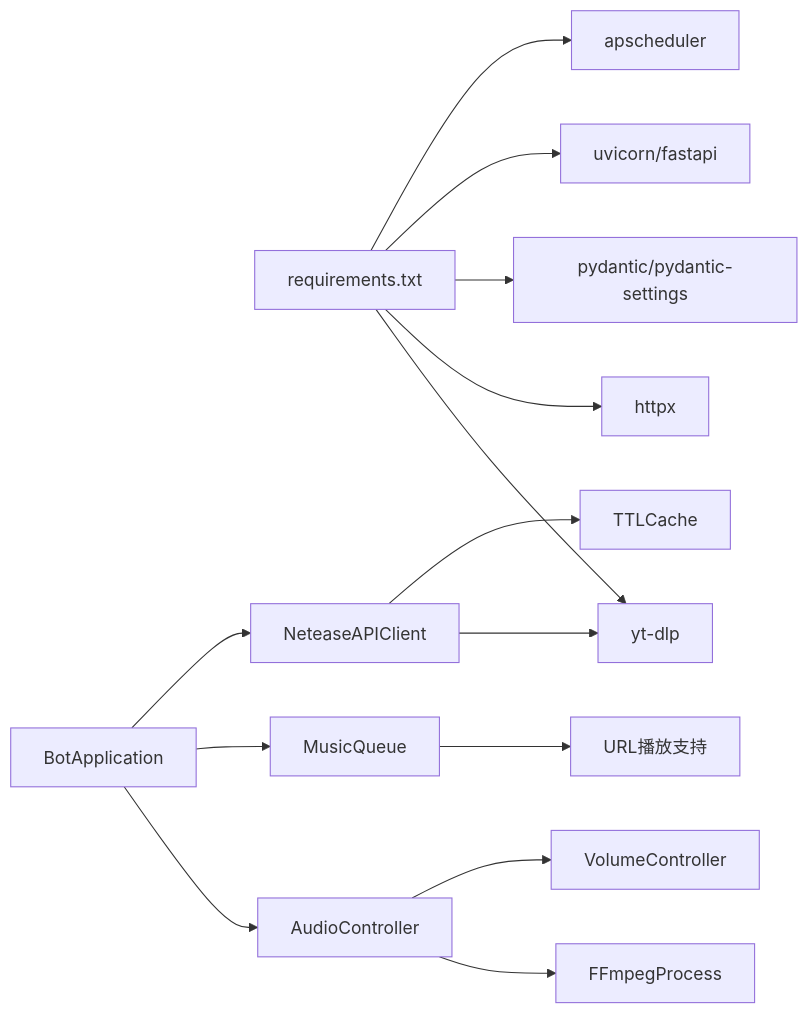
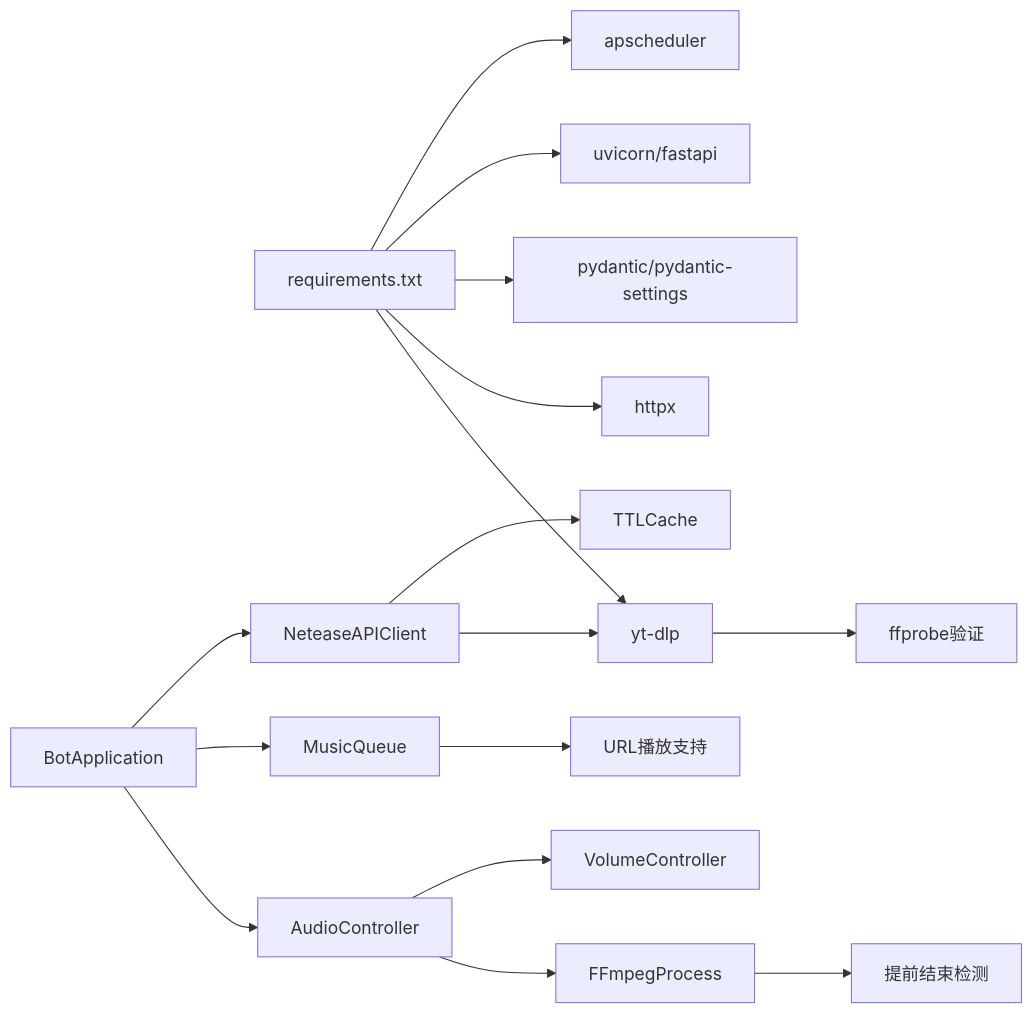
The tenth of 10 diagrams in .qoder/repowiki/zh/content/音乐播放系统/音乐播放系统.md (GhoulOwl/Teamspeak3_Bot), drawn with Mermaid before and after one commit. The commit also changed other lines of this file and 8 other files, not shown here.

````diff
--- a/.qoder/repowiki/zh/content/音乐播放系统/音乐播放系统.md
+++ b/.qoder/repowiki/zh/content/音乐播放系统/音乐播放系统.md
@@ -458,16 +487,18 @@
 ```mermaid
 graph LR
 REQ["requirements.txt"] --> YT["yt-dlp"]
 REQ --> HTTPX["httpx"]
 REQ --> PYD["pydantic/pydantic-settings"]
 REQ --> UV["uvicorn/fastapi"]
 REQ --> APS["apscheduler"]
 APP["BotApplication"] --> CTRL["AudioController"]
 APP --> QUEUE["MusicQueue"]
 APP --> NET["NeteaseAPIClient"]
 CTRL --> FFMPEG["FFmpegProcess"]
 CTRL --> VOL["VolumeController"]
 NET --> YT
 NET --> CACHE["TTLCache"]
 QUEUE --> URL["URL播放支持"]
+FFMPEG --> PREMATURE["提前结束检测"]
+YT --> FFPROBE["ffprobe验证"]
 ```
````
